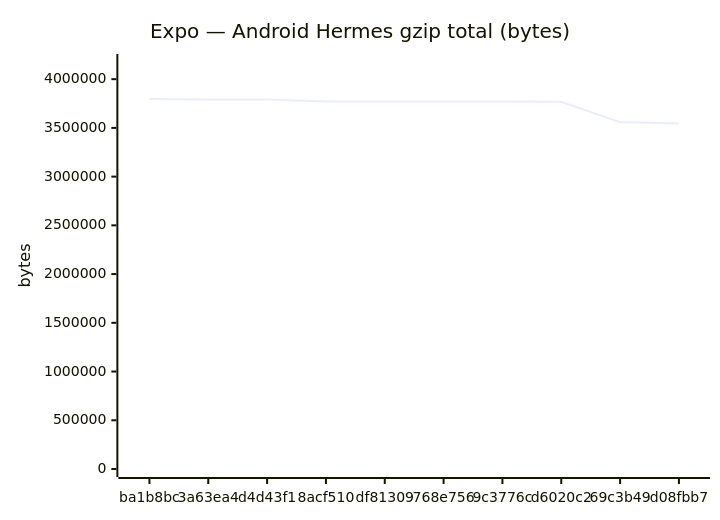
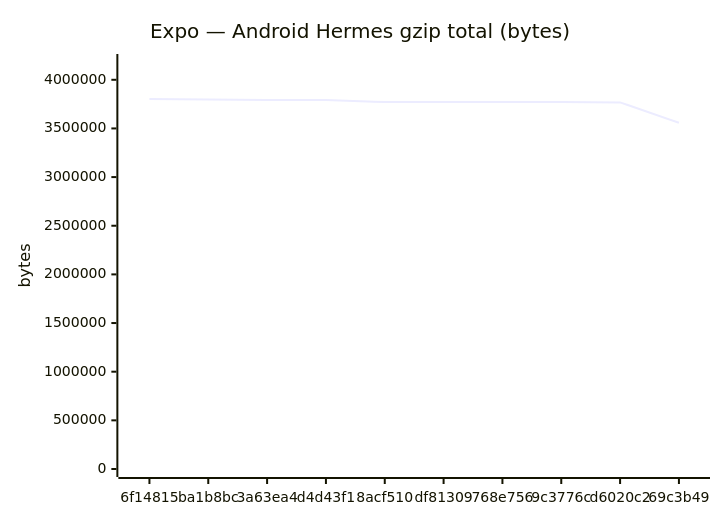
The fifth of 18 diagrams in benchmarks/compare.md (Metaheurist/Rianell), drawn with Mermaid before and after one commit. The commit also changed other lines of this file and 11 other files, not shown here.

````diff
--- a/benchmarks/compare.md
+++ b/benchmarks/compare.md
@@ -89,7 +89,7 @@
 ```mermaid
 xychart-beta
     title "Expo — Android Hermes gzip total (bytes)"
-    x-axis ["ba1b8bc", "3a63ea4", "d4d43f1", "8acf510", "df81309", "768e756", "9c3776c", "d6020c2", "69c3b49", "d08fbb7"]
-    y-axis "bytes" 0 --> 4176016
-    line [3796378, 3791714, 3791716, 3770636, 3770634, 3771343, 3770634, 3767812, 3557908, 3544463]
+    x-axis ["6f14815", "ba1b8bc", "3a63ea4", "d4d43f1", "8acf510", "df81309", "768e756", "9c3776c", "d6020c2", "69c3b49"]
+    y-axis "bytes" 0 --> 4182780
+    line [3802527, 3796378, 3791714, 3791716, 3770636, 3770634, 3771343, 3770634, 3767812, 3557908]
 ```
````
